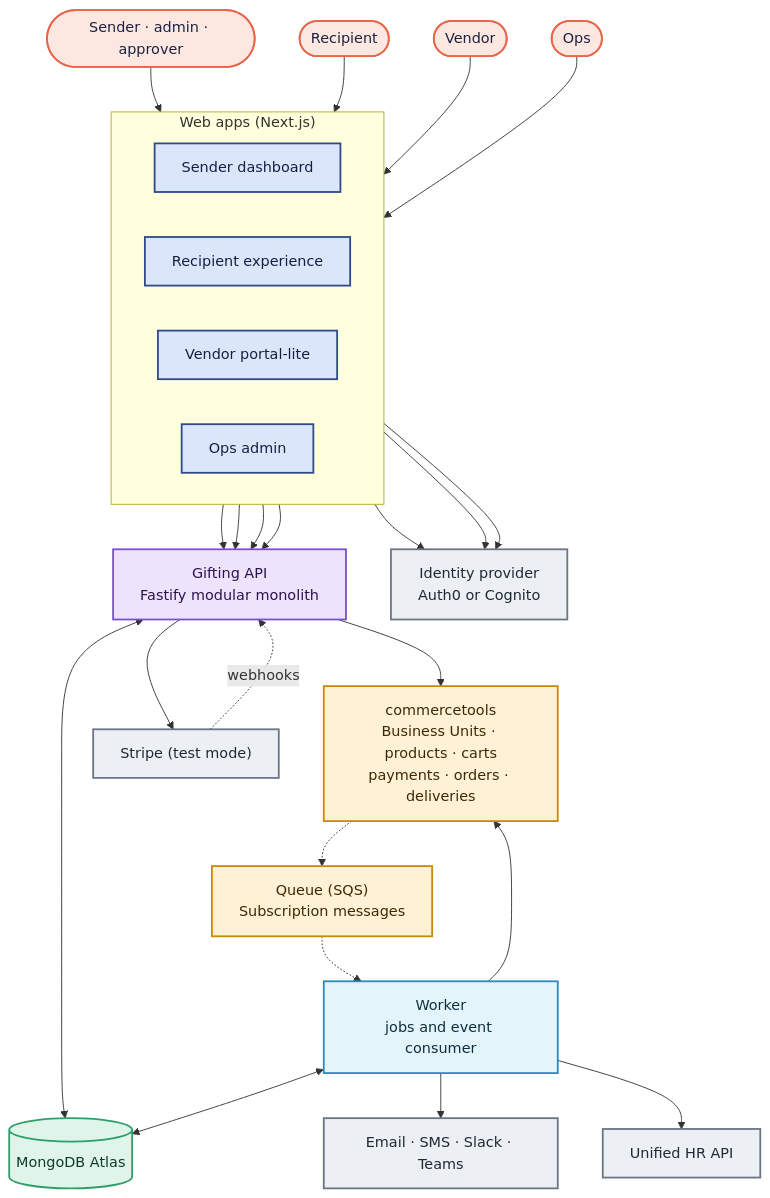
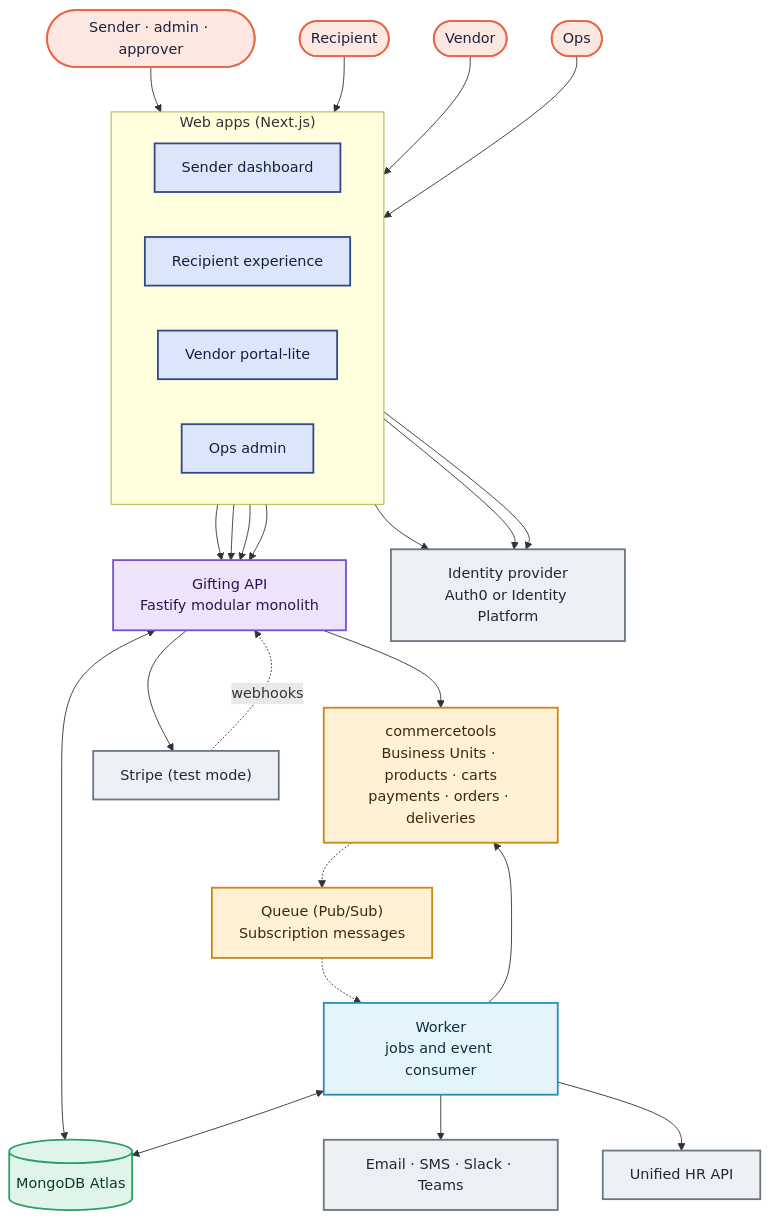
Before and after one commit to sonishivam1/corporate-gifting: the first of 2 diagrams in docs/architecture/overview.md, drawn with Mermaid. The commit also changed other lines of this file and 16 other files, not shown here.

````diff
--- a/docs/architecture/overview.md
+++ b/docs/architecture/overview.md
@@ -33,56 +33,56 @@
 ```mermaid
 flowchart TB
   sender(["Sender · admin · approver"])
   recipient(["Recipient"])
   vendor(["Vendor"])
   ops(["Ops"])
 
   subgraph apps["Web apps (Next.js)"]
     direction LR
     sa["Sender dashboard"]
     ra["Recipient experience"]
     va["Vendor portal-lite"]
     oa["Ops admin"]
   end
 
   api["Gifting API<br/>Fastify modular monolith"]
   worker["Worker<br/>jobs and event consumer"]
   db[("MongoDB Atlas")]
   ct["commercetools<br/>Business Units · products · carts<br/>payments · orders · deliveries"]
-  queue["Queue (SQS)<br/>Subscription messages"]
-  idp["Identity provider<br/>Auth0 or Cognito"]
+  queue["Queue (Pub/Sub)<br/>Subscription messages"]
+  idp["Identity provider<br/>Auth0 or Identity Platform"]
   stripe["Stripe (test mode)"]
   chan["Email · SMS · Slack · Teams"]
   hr["Unified HR API"]
 
   sender --> sa
   recipient --> ra
   vendor --> va
   ops --> oa
   sa & ra & va & oa --> api
   sa & va & oa --> idp
   api <--> db
   worker <--> db
   api --> ct
   worker --> ct
   ct -.-> queue -.-> worker
   api --> stripe
   stripe -.->|webhooks| api
   worker --> chan
   worker --> hr
 
   classDef person fill:#FDE7E1,stroke:#E8664A,stroke-width:2px,color:#1B2340;
   classDef appNode fill:#DCE6FB,stroke:#2F4A8A,stroke-width:2px,color:#13203F;
   classDef apiNode fill:#EDE3FB,stroke:#7B4FD0,stroke-width:2px,color:#2A1450;
   classDef jobNode fill:#E4F4FB,stroke:#2B8CB8,stroke-width:2px,color:#0D2F3F;
   classDef dataNode fill:#DFF5EA,stroke:#2E9E6A,stroke-width:2px,color:#0F3B27;
   classDef ctNode fill:#FFF1D6,stroke:#C98A12,stroke-width:2px,color:#3D2A05;
   classDef external fill:#ECEFF3,stroke:#6B7685,stroke-width:2px,color:#1F2933;
   class sender,recipient,vendor,ops person;
   class sa,ra,va,oa appNode;
   class api apiNode;
   class worker jobNode;
   class db dataNode;
   class ct,queue ctNode;
   class idp,stripe,chan,hr external;
 ```
````
